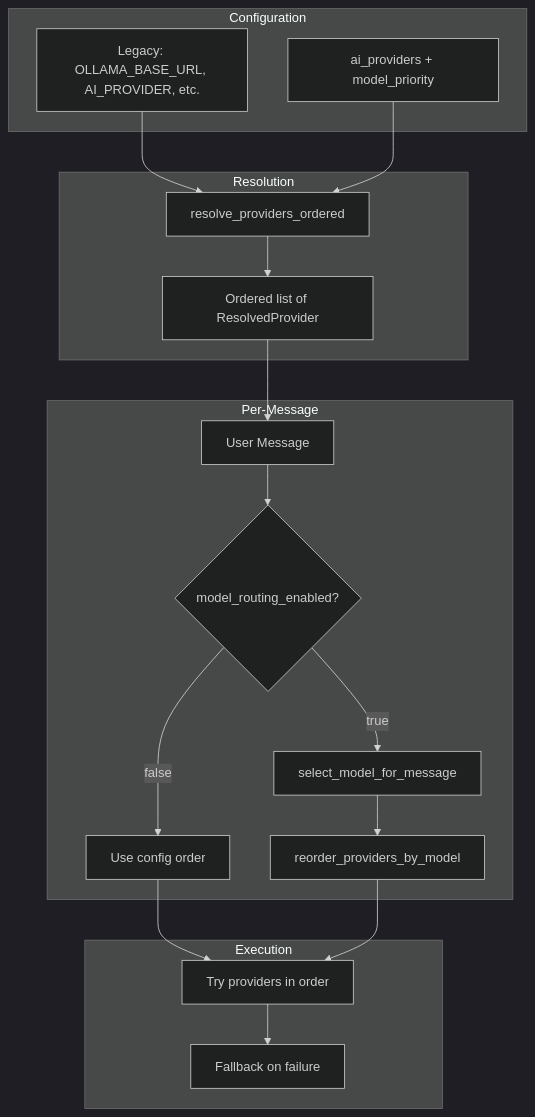
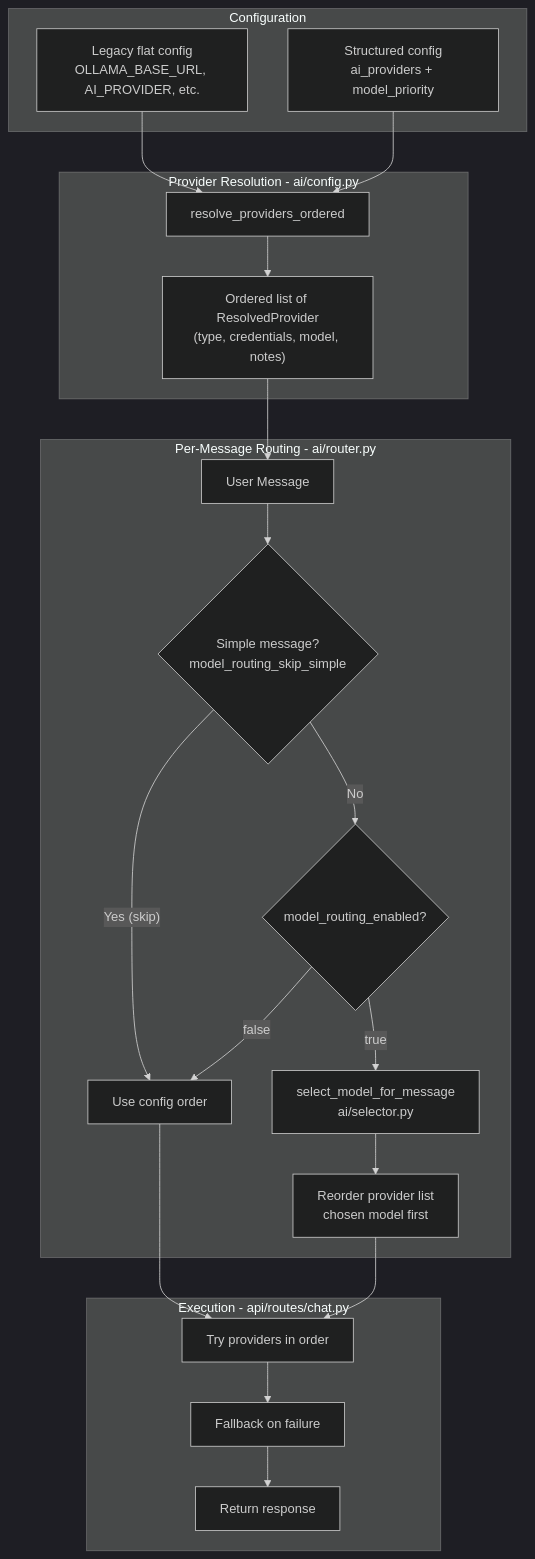
Before and after one commit to StevenGann/Gregory: the first of 4 diagrams in docs/AI_SYSTEM.md, drawn with Mermaid (dark theme). The commit also changed other lines of this file and 10 other files, not shown here.

````diff
--- a/docs/AI_SYSTEM.md
+++ b/docs/AI_SYSTEM.md
@@ -7,37 +7,42 @@
 ```mermaid
 flowchart TB
     subgraph config [Configuration]
-        Legacy[Legacy: OLLAMA_BASE_URL, AI_PROVIDER, etc.]
-        New[ai_providers + model_priority]
+        Legacy["Legacy flat config\nOLLAMA_BASE_URL, AI_PROVIDER, etc."]
+        New["Structured config\nai_providers + model_priority"]
     end
 
-    subgraph resolution [Resolution]
+    subgraph resolution [Provider Resolution - ai/config.py]
         Resolve[resolve_providers_ordered]
-        OrderedList[Ordered list of ResolvedProvider]
+        OrderedList["Ordered list of ResolvedProvider\n(type, credentials, model, notes)"]
     end
 
-    subgraph routing [Per-Message]
+    subgraph routing [Per-Message Routing - ai/router.py]
         Msg[User Message]
+        SimpleCheck{Simple message?\nmodel_routing_skip_simple}
         Routing{model_routing_enabled?}
         ConfigOrder[Use config order]
-        Select[select_model_for_message]
-        Reorder[reorder_providers_by_model]
+        Select[select_model_for_message\nai/selector.py]
+        Reorder[Reorder provider list\nchosen model first]
     end
 
-    subgraph execution [Execution]
+    subgraph execution [Execution - api/routes/chat.py]
         Try[Try providers in order]
         Fallback[Fallback on failure]
+        Result[Return response]
     end
 
     Legacy --> Resolve
     New --> Resolve
     Resolve --> OrderedList
     OrderedList --> Msg
-    Msg --> Routing
+    Msg --> SimpleCheck
+    SimpleCheck -->|"Yes (skip)"| ConfigOrder
+    SimpleCheck -->|No| Routing
     Routing -->|false| ConfigOrder
     Routing -->|true| Select
     Select --> Reorder
     ConfigOrder --> Try
     Reorder --> Try
     Try --> Fallback
+    Fallback --> Result
 ```
````
